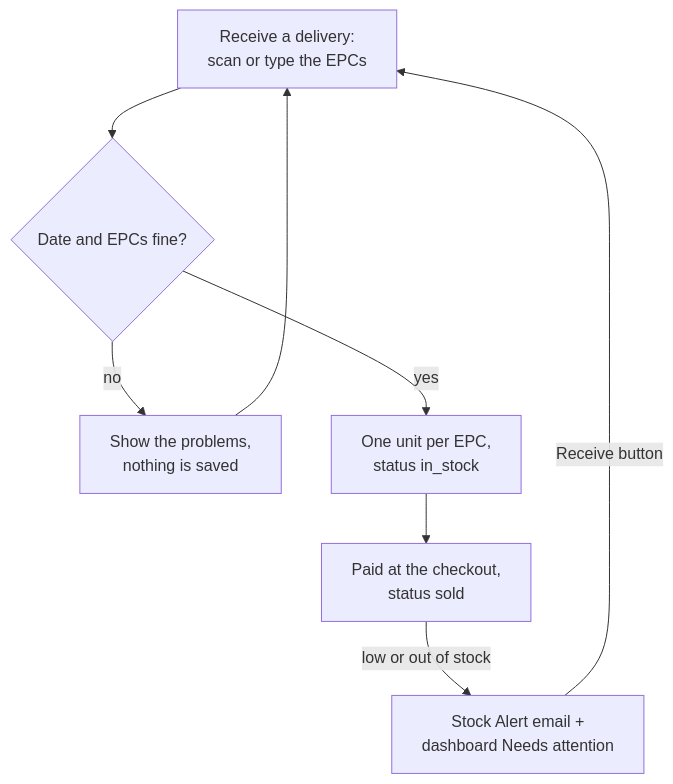
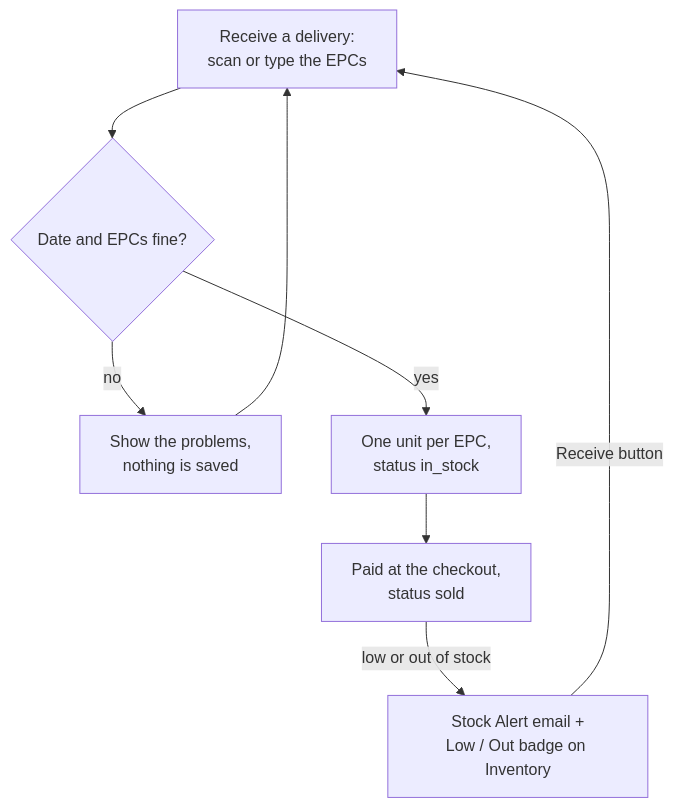
Before and after one commit to gvogas/IoT: the second of 2 diagrams in docs/products-and-stock.md, drawn with Mermaid. The commit also changed other lines of this file and 29 other files, not shown here.

Commit message:
chart better

````diff
--- a/docs/products-and-stock.md
+++ b/docs/products-and-stock.md
@@ -30,10 +30,10 @@
 ```mermaid
 flowchart TD
     Receive["Receive a delivery:<br/>scan or type the EPCs"] --> Check{"Date and EPCs fine?"}
     Check -->|no| Fix["Show the problems,<br/>nothing is saved"]
     Fix --> Receive
     Check -->|yes| InStock["One unit per EPC,<br/>status in_stock"]
     InStock --> Sold["Paid at the checkout,<br/>status sold"]
-    Sold -->|"low or out of stock"| Attention["Stock Alert email +<br/>dashboard Needs attention"]
+    Sold -->|"low or out of stock"| Attention["Stock Alert email +<br/>Low / Out badge on Inventory"]
     Attention -->|"Receive button"| Receive
 ```
````
